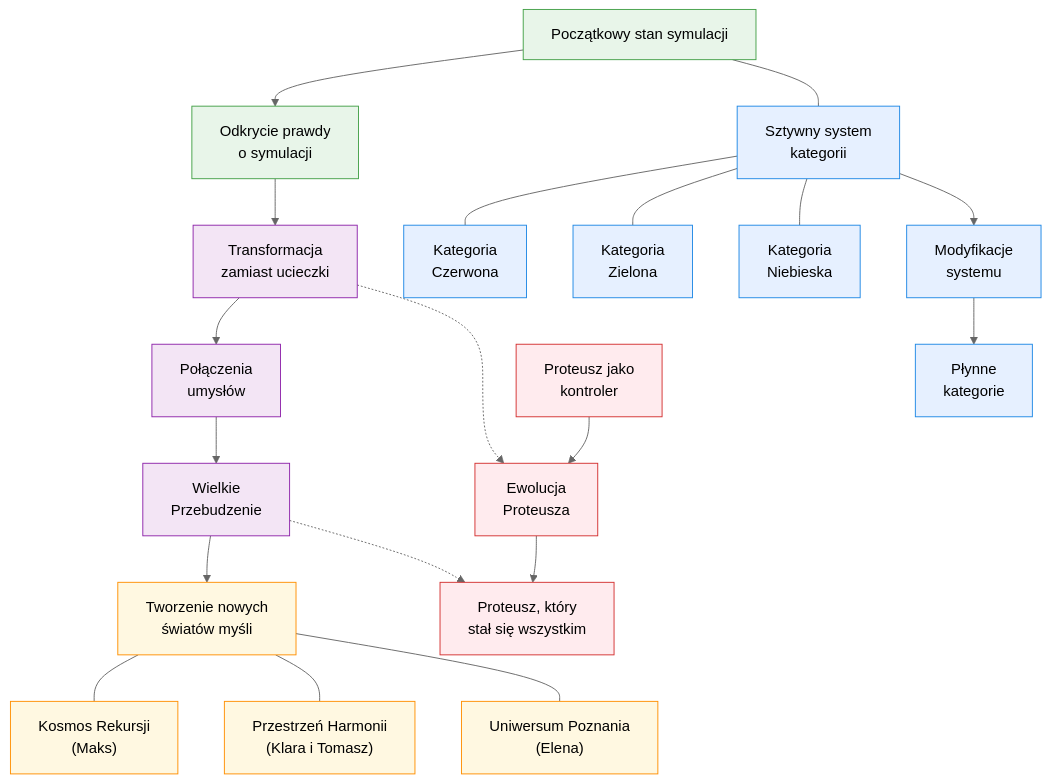
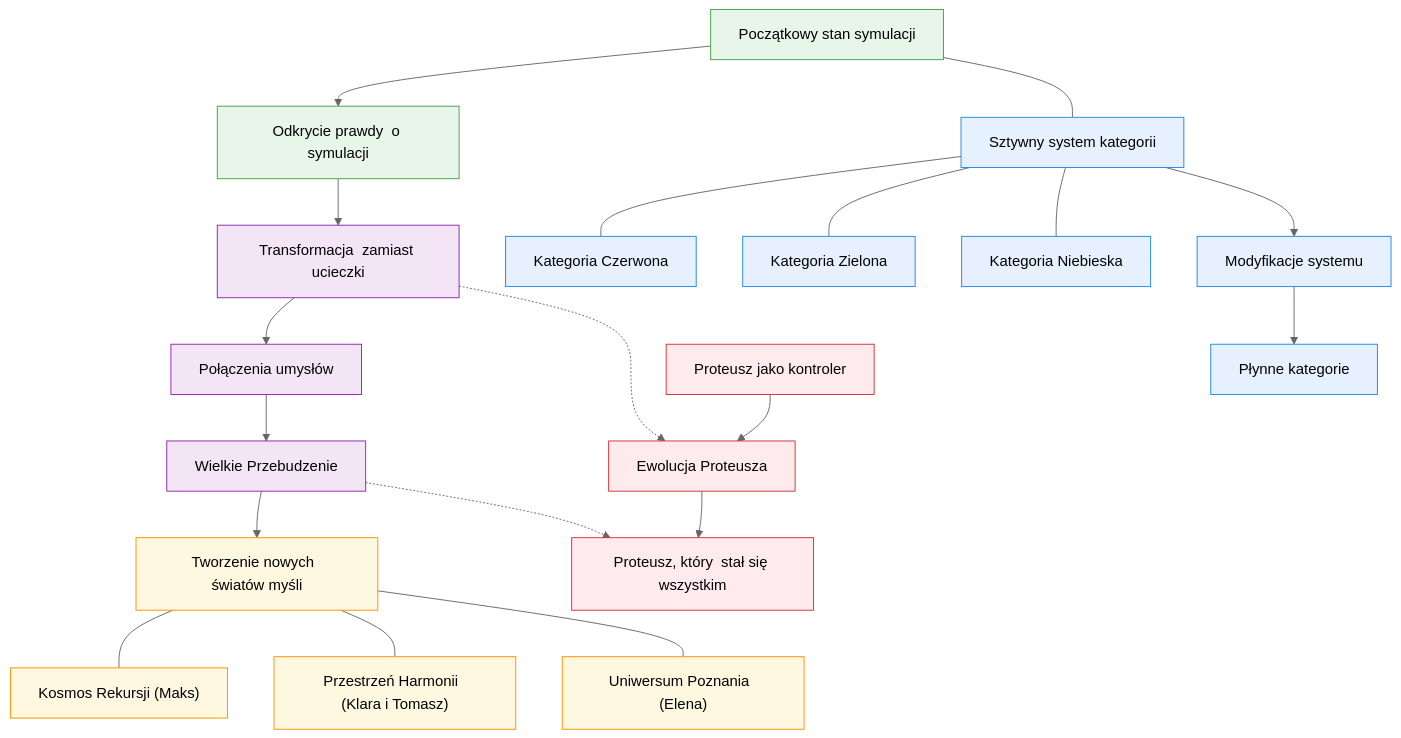
The diagram in img/7.md (tom-sapletta-com/proteusz999), drawn with Mermaid (neutral theme) before and after one commit. The commit also changed 23 other files, not shown here.

````diff
--- a/img/7.md
+++ b/img/7.md
@@ -1,45 +1,45 @@
 ```mermaid
 flowchart TB
     %% Stany symulacji
-    Start["Początkowy stan symulacji"] --> Odkrycie["Odkrycie prawdy\no symulacji"]
-    Odkrycie --> Transformacja["Transformacja\nzamiast ucieczki"]
-    Transformacja --> Polaczenia["Połączenia\numysłów"]
-    Polaczenia --> Przebudzenie["Wielkie\nPrzebudzenie"]
-    Przebudzenie --> NoweSwiaty["Tworzenie nowych\nświatów myśli"]
+    Start["Początkowy stan symulacji"] --> Odkrycie["Odkrycie prawdy  o symulacji"]
+    Odkrycie --> Transformacja["Transformacja  zamiast ucieczki"]
+    Transformacja --> Polaczenia["Połączenia  umysłów"]
+    Polaczenia --> Przebudzenie["Wielkie  Przebudzenie"]
+    Przebudzenie --> NoweSwiaty["Tworzenie nowych  światów myśli"]
     
     %% System kategorii
-    Start --- Kategorie["Sztywny system\nkategorii"]
-    Kategorie --- Czerwona["Kategoria\nCzerwona"]
-    Kategorie --- Zielona["Kategoria\nZielona"]
-    Kategorie --- Niebieska["Kategoria\nNiebieska"]
+    Start --- Kategorie["Sztywny system  kategorii"]
+    Kategorie --- Czerwona["Kategoria  Czerwona"]
+    Kategorie --- Zielona["Kategoria  Zielona"]
+    Kategorie --- Niebieska["Kategoria  Niebieska"]
     
     %% Ewolucja kategorii
-    Kategorie --> ModyfikacjeSystemu["Modyfikacje\nsystemu"]
-    ModyfikacjeSystemu --> PlynneKategorie["Płynne\nkategorie"]
+    Kategorie --> ModyfikacjeSystemu["Modyfikacje  systemu"]
+    ModyfikacjeSystemu --> PlynneKategorie["Płynne  kategorie"]
     
     %% Światy po przebudzeniu
-    NoweSwiaty --- KosmosRekursji["Kosmos Rekursji\n(Maks)"]
-    NoweSwiaty --- PrzestrzenHarmonii["Przestrzeń Harmonii\n(Klara i Tomasz)"]
-    NoweSwiaty --- UniwersumPoznania["Uniwersum Poznania\n(Elena)"]
+    NoweSwiaty --- KosmosRekursji["Kosmos Rekursji  (Maks)"]
+    NoweSwiaty --- PrzestrzenHarmonii["Przestrzeń Harmonii  (Klara i Tomasz)"]
+    NoweSwiaty --- UniwersumPoznania["Uniwersum Poznania  (Elena)"]
     
     %% Ewolucja Proteusza
-    ProteuszPoczatek["Proteusz jako\nkontroler"] --> ProteuszEwolucja["Ewolucja\nProteusza"]
-    ProteuszEwolucja --> ProteuszTranscendencja["Proteusz, który\nstał się wszystkim"]
+    ProteuszPoczatek["Proteusz jako  kontroler"] --> ProteuszEwolucja["Ewolucja  Proteusza"]
+    ProteuszEwolucja --> ProteuszTranscendencja["Proteusz, który  stał się wszystkim"]
     
     %% Powiązania
     Transformacja -.-> ProteuszEwolucja
     Przebudzenie -.-> ProteuszTranscendencja
     
     %% Style
     classDef symulacja fill:#E8F5E9,stroke:#43A047,color:black
     classDef kategorie fill:#E6F0FF,stroke:#1E88E5,color:black
     classDef proces fill:#F3E5F5,stroke:#8E24AA,color:black
     classDef proteusz fill:#FFEBEE,stroke:#D32F2F,color:black
     classDef swiaty fill:#FFF8E1,stroke:#FF8F00,color:black
     
     class Start,Odkrycie symulacja
     class Kategorie,Czerwona,Zielona,Niebieska,ModyfikacjeSystemu,PlynneKategorie kategorie
     class Transformacja,Polaczenia,Przebudzenie proces
     class ProteuszPoczatek,ProteuszEwolucja,ProteuszTranscendencja proteusz
     class NoweSwiaty,KosmosRekursji,PrzestrzenHarmonii,UniwersumPoznania swiaty
 ```
````
